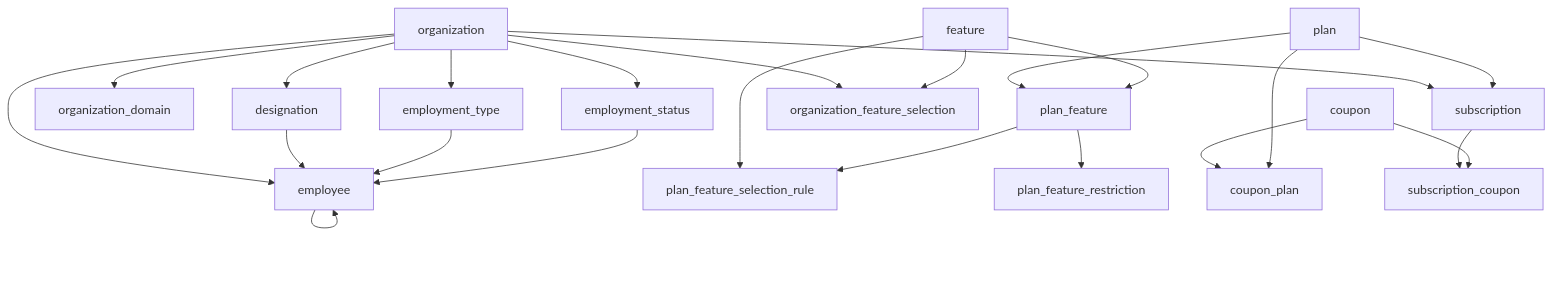
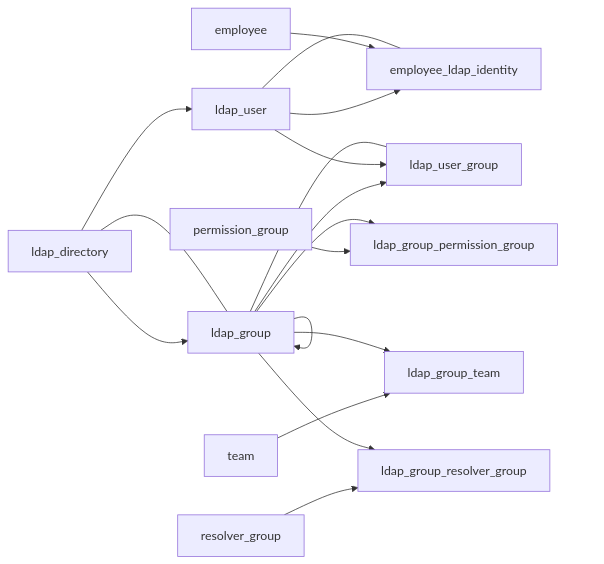
One commit to manavbhalla02/ImsBFF changed the second of 2 diagrams in context/entity-topology-mermaid.md. Above: the diagram before and after it, drawn with Mermaid. The commit also changed other lines of this file and 2 other files, not shown here.

Commit message:
Introducing concept of LDAP, Permission and resolver group

````diff
--- a/context/entity-topology-mermaid.md
+++ b/context/entity-topology-mermaid.md
@@ -3,56 +54,46 @@
 ```mermaid
-flowchart TB
+flowchart LR
 
-  organization["organization"]
-  feature["feature"]
-  plan["plan"]
-  coupon["coupon"]
+  %% Column 1: roots
+  ldap_directory["ldap_directory"]
+  employee["employee"]
+  permission_group["permission_group"]
+  team["team"]
+  resolver_group["resolver_group"]
 
-  organization_domain["organization_domain"]
-  designation["designation"]
-  employment_type["employment_type"]
-  employment_status["employment_status"]
+  %% Column 2: first-level LDAP entities
+  ldap_group["ldap_group"]
+  ldap_user["ldap_user"]
 
-  employee["employee"]
+  %% Column 3: terminal LDAP mappings
+  employee_ldap_identity["employee_ldap_identity"]
+  ldap_user_group["ldap_user_group"]
+  ldap_group_permission_group["ldap_group_permission_group"]
+  ldap_group_team["ldap_group_team"]
+  ldap_group_resolver_group["ldap_group_resolver_group"]
 
-  plan_feature["plan_feature"]
-  organization_feature_selection["organization_feature_selection"]
-  subscription["subscription"]
+  %% Invisible ordering links to keep visual gaps between columns
+  ldap_directory --- ldap_group
+  ldap_group --- ldap_user_group
+  ldap_user --- employee_ldap_identity
 
-  plan_feature_selection_rule["plan_feature_selection_rule"]
-  plan_feature_restriction["plan_feature_restriction"]
+  %% Actual dependencies
+  ldap_directory --> ldap_group
+  ldap_group --> ldap_group
+  ldap_directory --> ldap_user
 
-  coupon_plan["coupon_plan"]
-  subscription_coupon["subscription_coupon"]
+  employee --> employee_ldap_identity
+  ldap_user --> employee_ldap_identity
 
-  organization --> organization_domain
-  organization --> designation
-  organization --> employment_type
-  organization --> employment_status
-  organization --> employee
-  organization --> organization_feature_selection
-  organization --> subscription
+  ldap_user --> ldap_user_group
+  ldap_group --> ldap_user_group
 
-  designation --> employee
-  employment_type --> employee
-  employment_status --> employee
-  employee --> employee
+  ldap_group --> ldap_group_permission_group
+  permission_group --> ldap_group_permission_group
 
-  plan --> plan_feature
-  feature --> plan_feature
+  ldap_group --> ldap_group_team
+  team --> ldap_group_team
 
-  feature --> plan_feature_selection_rule
-  plan_feature --> plan_feature_selection_rule
-
-  plan_feature --> plan_feature_restriction
-
-  feature --> organization_feature_selection
-
-  plan --> subscription
-
-  coupon --> coupon_plan
-  plan --> coupon_plan
-
-  subscription --> subscription_coupon
-  coupon --> subscription_coupon
+  ldap_group --> ldap_group_resolver_group
+  resolver_group --> ldap_group_resolver_group
 ```
````
